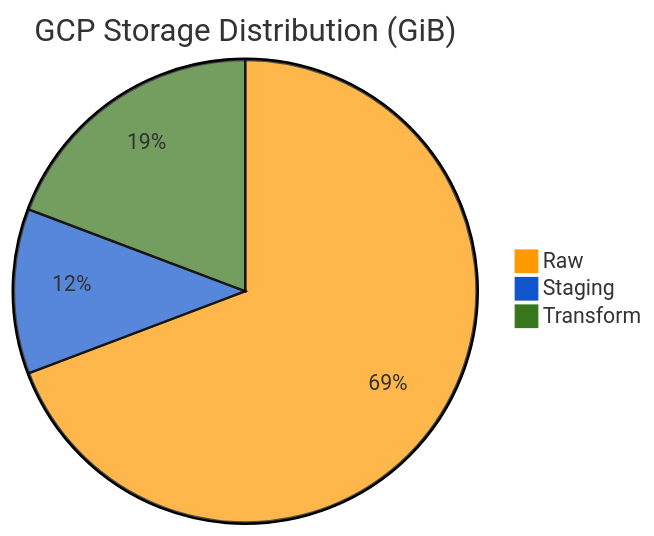
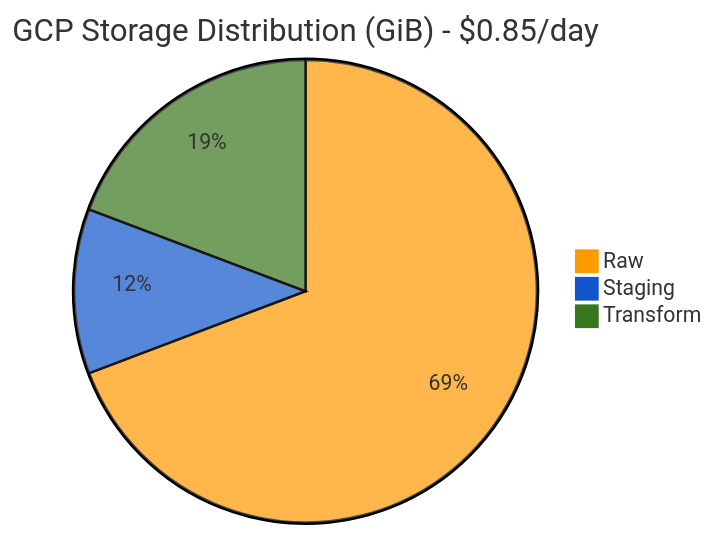
The second of 3 diagrams in README.md (nhudinh2103/Multi-platform-comparison-NYC-Taxi-dataset), drawn with Mermaid before and after one commit. The commit also changed other lines of this file and 5 other files, not shown here.

Commit message:
Update README.md and chart for new cost value

````diff
--- a/README.md
+++ b/README.md
@@ -283,8 +283,8 @@
 ```mermaid
 %%{init: {'theme': 'base', 'themeVariables': { 'pie1': '#ff9900', 'pie2': '#1155cc', 'pie3': '#38761d'}}}%%
 pie
-    title GCP Storage Distribution (GiB)
+    title GCP Storage Distribution (GiB) - $0.85/day
     "Raw" : 223.13
     "Staging" : 37.08
     "Transform" : 62.04
 ```
````
